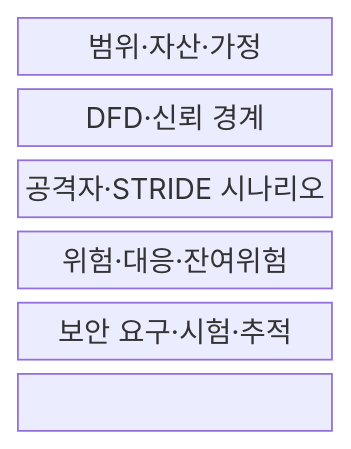
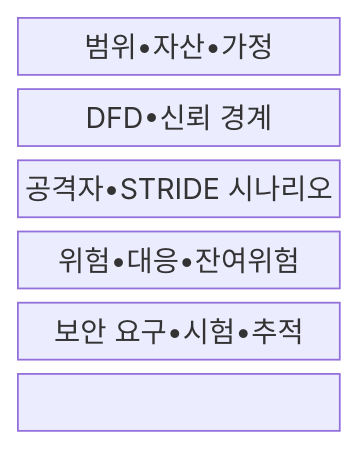
Before and after one commit to agnusdei1207/knowledge-base: the first of 2 diagrams in src/content/docs/notes/05-security/146_threat_modeling_stride.md, drawn with Mermaid. The commit also changed other lines of this file and 953 other files, not shown here.

````diff
--- a/src/content/docs/notes/05-security/146_threat_modeling_stride.md
+++ b/src/content/docs/notes/05-security/146_threat_modeling_stride.md
@@ -66,11 +66,11 @@
 ```mermaid
 block-beta
   columns 1
-  S["범위·자산·가정"]
-  D["DFD·신뢰 경계"]
-  T["공격자·STRIDE 시나리오"]
-  R["위험·대응·잔여위험"]
-  V["보안 요구·시험·추적"]
+  S["범위•자산•가정"]
+  D["DFD•신뢰 경계"]
+  T["공격자•STRIDE 시나리오"]
+  R["위험•대응•잔여위험"]
+  V["보안 요구•시험•추적"]
   S --- D --- T
   T --- R --- V
 ```
````
